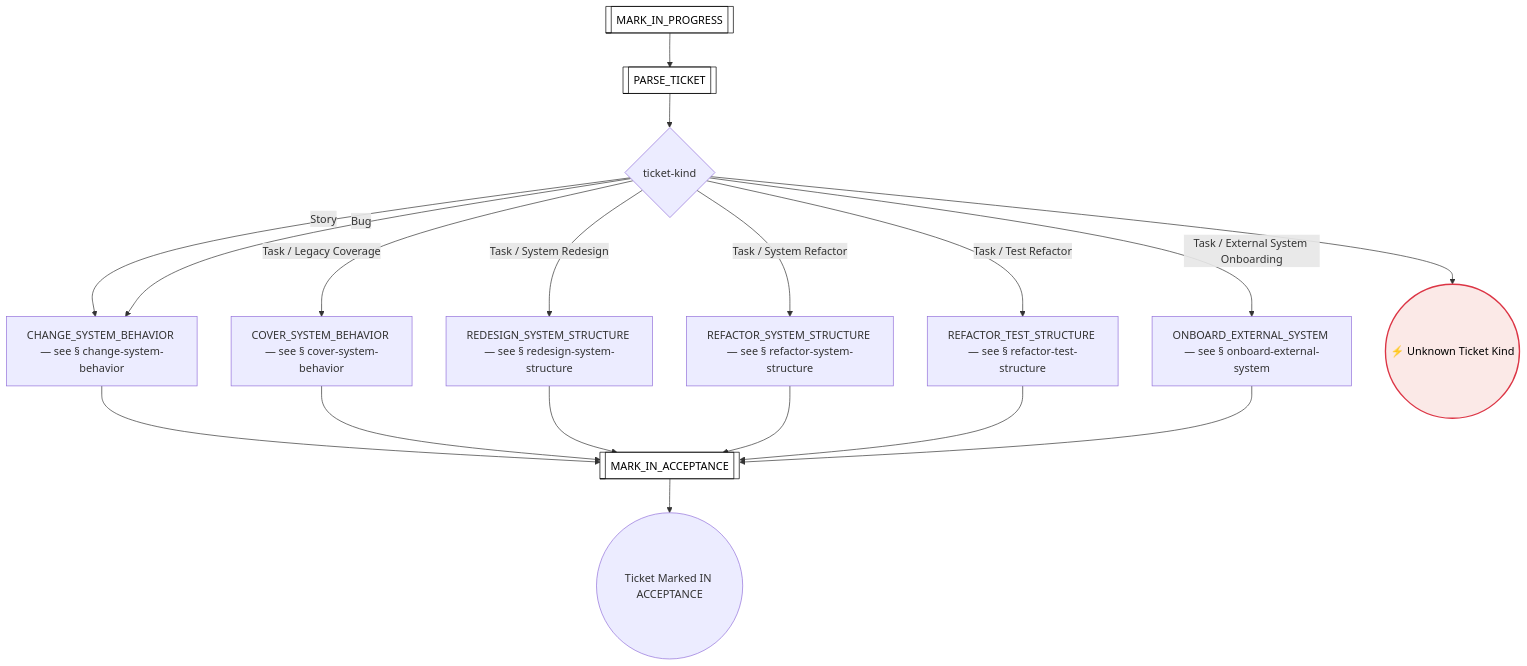
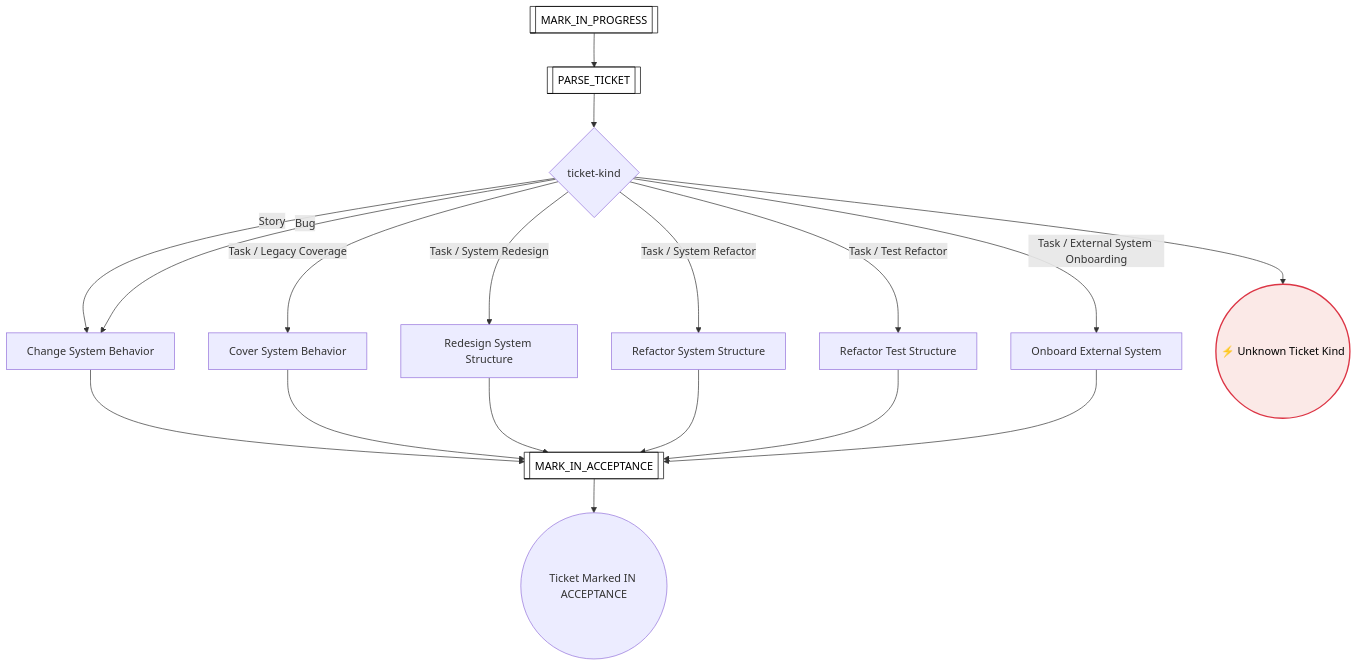
One commit to optivem/gh-optivem changed the fourth of 50 diagrams in docs/process-diagram.md. Above: the diagram before and after it, drawn with Mermaid. The commit also changed other lines of this file and 6 other files, not shown here.

````diff
--- a/docs/process-diagram.md
+++ b/docs/process-diagram.md
@@ -95,39 +95,39 @@
 ```mermaid
 flowchart TD
-    CHANGE_SYSTEM_BEHAVIOR[CHANGE_SYSTEM_BEHAVIOR — see § change-system-behavior]
-    COVER_SYSTEM_BEHAVIOR[COVER_SYSTEM_BEHAVIOR — see § cover-system-behavior]
+    CHANGE_SYSTEM_BEHAVIOR[Change System Behavior]
+    COVER_SYSTEM_BEHAVIOR[Cover System Behavior]
     GATE_TICKET_KIND{ticket-kind}
     IMPLEMENT_TICKET_END((Ticket Marked IN ACCEPTANCE))
     MARK_IN_ACCEPTANCE[[MARK_IN_ACCEPTANCE]]
     MARK_IN_PROGRESS[[MARK_IN_PROGRESS]]
-    ONBOARD_EXTERNAL_SYSTEM[ONBOARD_EXTERNAL_SYSTEM — see § onboard-external-system]
+    ONBOARD_EXTERNAL_SYSTEM[Onboard External System]
     PARSE_TICKET[[PARSE_TICKET]]
-    REDESIGN_SYSTEM_STRUCTURE[REDESIGN_SYSTEM_STRUCTURE — see § redesign-system-structure]
-    REFACTOR_SYSTEM_STRUCTURE[REFACTOR_SYSTEM_STRUCTURE — see § refactor-system-structure]
-    REFACTOR_TEST_STRUCTURE[REFACTOR_TEST_STRUCTURE — see § refactor-test-structure]
+    REDESIGN_SYSTEM_STRUCTURE[Redesign System Structure]
+    REFACTOR_SYSTEM_STRUCTURE[Refactor System Structure]
+    REFACTOR_TEST_STRUCTURE[Refactor Test Structure]
     UNKNOWN_TICKET_KIND((⚡ Unknown Ticket Kind))
 
     MARK_IN_PROGRESS --> PARSE_TICKET
     PARSE_TICKET --> GATE_TICKET_KIND
     GATE_TICKET_KIND -- Story --> CHANGE_SYSTEM_BEHAVIOR
     GATE_TICKET_KIND -- Bug --> CHANGE_SYSTEM_BEHAVIOR
     GATE_TICKET_KIND -- Task / Legacy Coverage --> COVER_SYSTEM_BEHAVIOR
     GATE_TICKET_KIND -- Task / System Redesign --> REDESIGN_SYSTEM_STRUCTURE
     GATE_TICKET_KIND -- Task / System Refactor --> REFACTOR_SYSTEM_STRUCTURE
     GATE_TICKET_KIND -- Task / Test Refactor --> REFACTOR_TEST_STRUCTURE
     GATE_TICKET_KIND -- Task / External System Onboarding --> ONBOARD_EXTERNAL_SYSTEM
     GATE_TICKET_KIND --> UNKNOWN_TICKET_KIND
     CHANGE_SYSTEM_BEHAVIOR --> MARK_IN_ACCEPTANCE
     COVER_SYSTEM_BEHAVIOR --> MARK_IN_ACCEPTANCE
     REDESIGN_SYSTEM_STRUCTURE --> MARK_IN_ACCEPTANCE
     REFACTOR_SYSTEM_STRUCTURE --> MARK_IN_ACCEPTANCE
     REFACTOR_TEST_STRUCTURE --> MARK_IN_ACCEPTANCE
     ONBOARD_EXTERNAL_SYSTEM --> MARK_IN_ACCEPTANCE
     MARK_IN_ACCEPTANCE --> IMPLEMENT_TICKET_END
 
     classDef serviceNode fill:#ffffff,stroke:#000000,stroke-width:1px,color:#000000
     class MARK_IN_ACCEPTANCE,MARK_IN_PROGRESS,PARSE_TICKET serviceNode
 
     classDef errorEndNode fill:#fbe9e7,stroke:#dc3545,stroke-width:2px,color:#000000
     class UNKNOWN_TICKET_KIND errorEndNode
 ```
````
